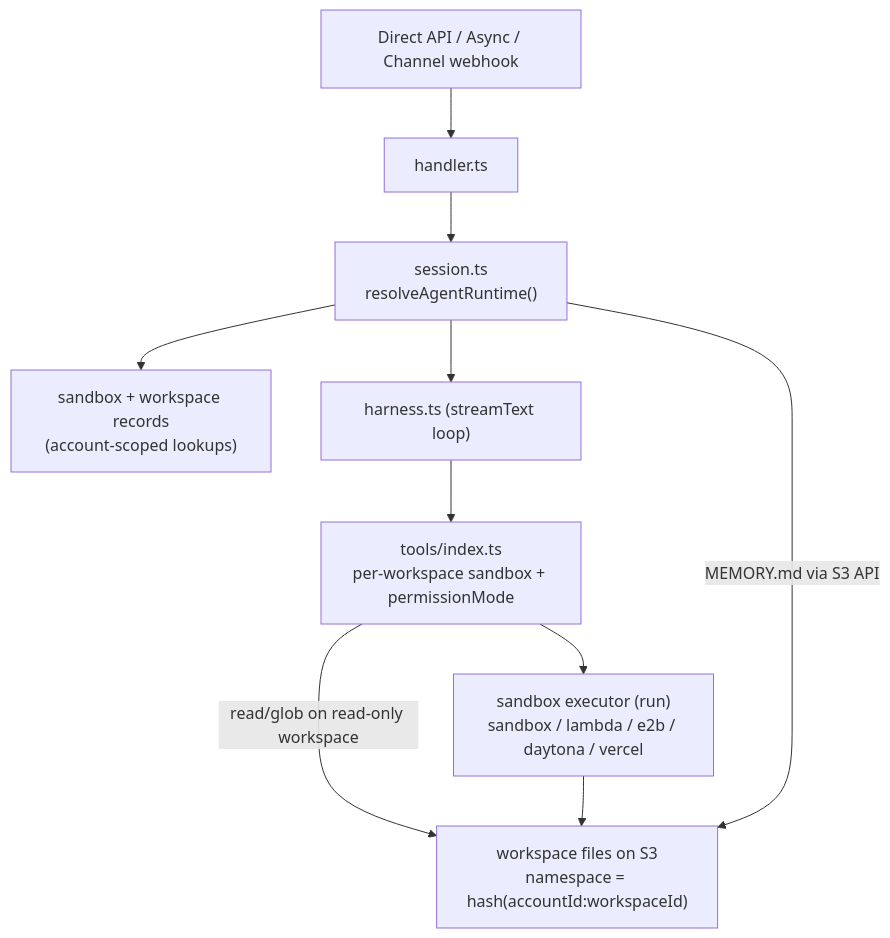
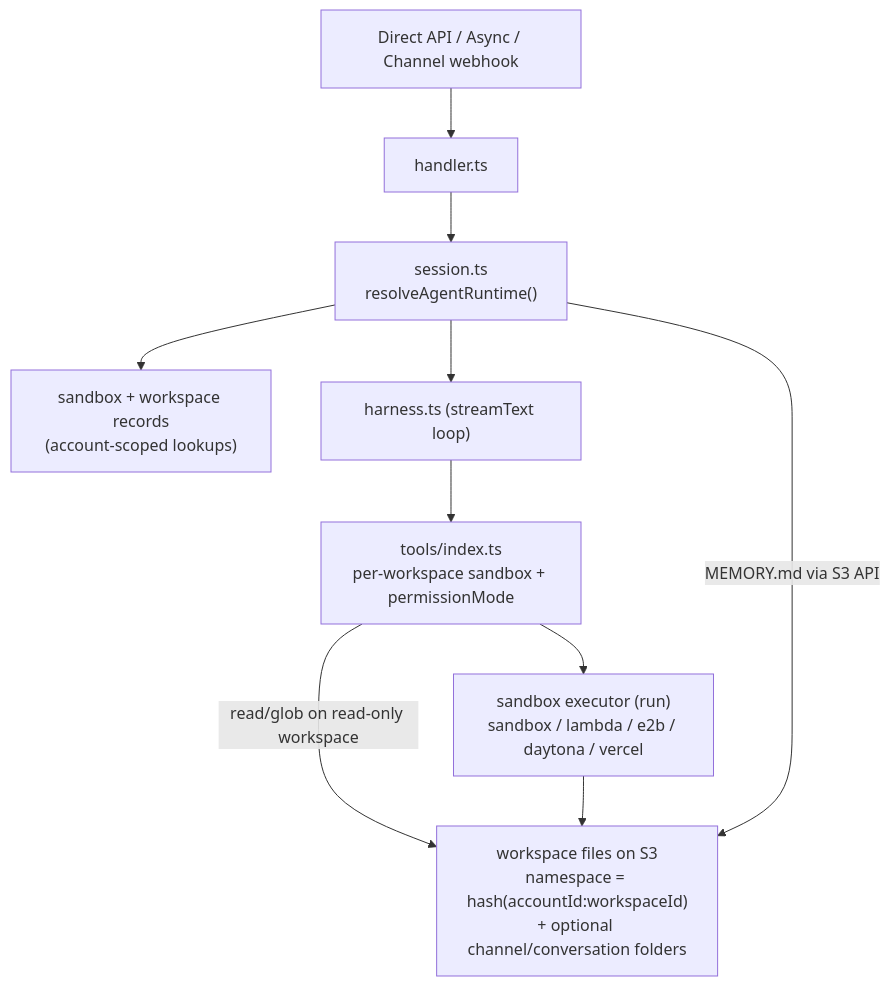
One commit to beeblastco/broods changed the second of 2 diagrams in apps/docs/docs/workspace/index.md. Above: the diagram before and after it, drawn with Mermaid. The commit also changed other lines of this file and 16 other files, not shown here.

Commit message:
Add channel workspace isolation

````diff
--- a/apps/docs/docs/workspace/index.md
+++ b/apps/docs/docs/workspace/index.md
@@ -137,12 +139,12 @@
 ```mermaid
 flowchart TD
   Request["Direct API / Async / Channel webhook"] --> Handler["handler.ts"]
   Handler --> Session["session.ts<br/>resolveAgentRuntime()"]
   Session --> Resolve["sandbox + workspace records<br/>(account-scoped lookups)"]
   Session --> Harness["harness.ts (streamText loop)"]
   Harness --> Tools["tools/index.ts<br/>per-workspace sandbox + permissionMode"]
   Tools --> Sandbox["sandbox executor (run)<br/>sandbox / lambda / e2b / daytona / vercel"]
   Tools -->|read/glob on read-only workspace| Files
-  Sandbox --> Files["workspace files on S3<br/>namespace = hash(accountId:workspaceId)"]
+  Sandbox --> Files["workspace files on S3<br/>namespace = hash(accountId:workspaceId)<br/>+ optional channel/conversation folders"]
   Session -->|MEMORY.md via S3 API| Files
 ```
````
